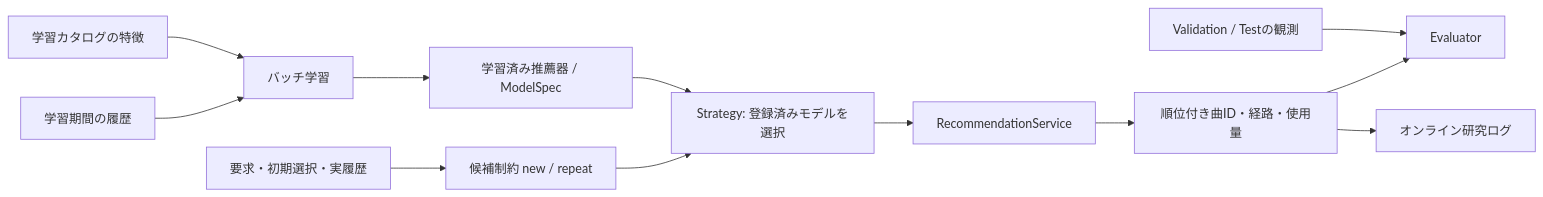
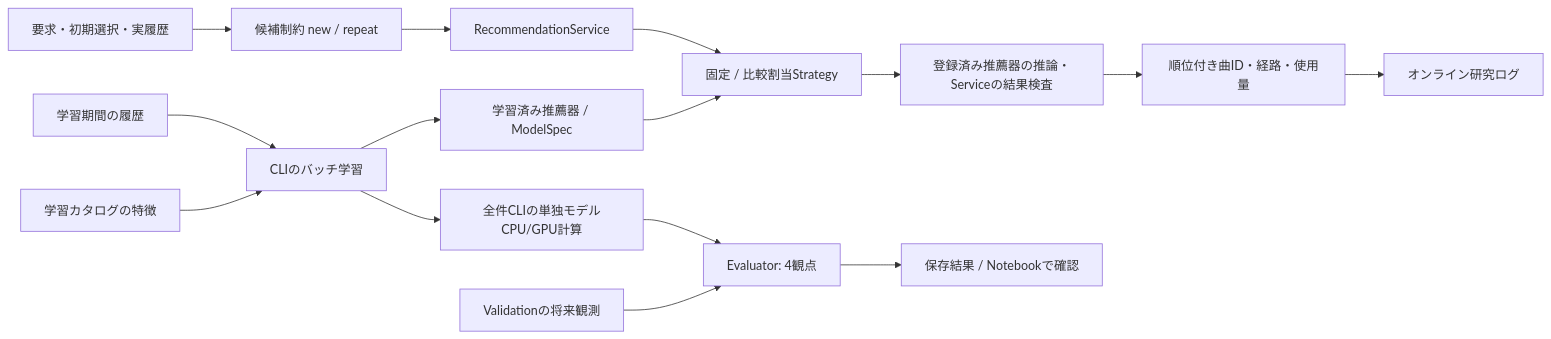
The first of 2 diagrams in docs/architecture.md (97kuek/music-recsys), drawn with Mermaid before and after one commit. The commit also changed other lines of this file and 65 other files, not shown here.

````diff
--- a/docs/architecture.md
+++ b/docs/architecture.md
@@ -13,14 +16,17 @@
 ```mermaid
 flowchart LR
-    T[学習期間の履歴] --> B[バッチ学習]
+    T[学習期間の履歴] --> B[CLIのバッチ学習]
     F[学習カタログの特徴] --> B
     B --> M[学習済み推薦器 / ModelSpec]
     U[要求・初期選択・実履歴] --> C[候補制約 new / repeat]
-    C --> S[Strategy: 登録済みモデルを選択]
+    C --> R[RecommendationService]
+    R --> S[固定 / 比較割当Strategy]
     M --> S
-    S --> R[RecommendationService]
-    R --> O[順位付き曲ID・経路・使用量]
-    O --> E[Evaluator]
-    V[Validation / Testの観測] --> E
+    S --> I[登録済み推薦器の推論・Serviceの結果検査]
+    I --> O[順位付き曲ID・経路・使用量]
     O --> L[オンライン研究ログ]
+    B --> Q[全件CLIの単独モデルCPU/GPU計算]
+    Q --> E[Evaluator: 4観点]
+    V[Validationの将来観測] --> E
+    E --> A[保存結果 / Notebookで確認]
 ```
````
